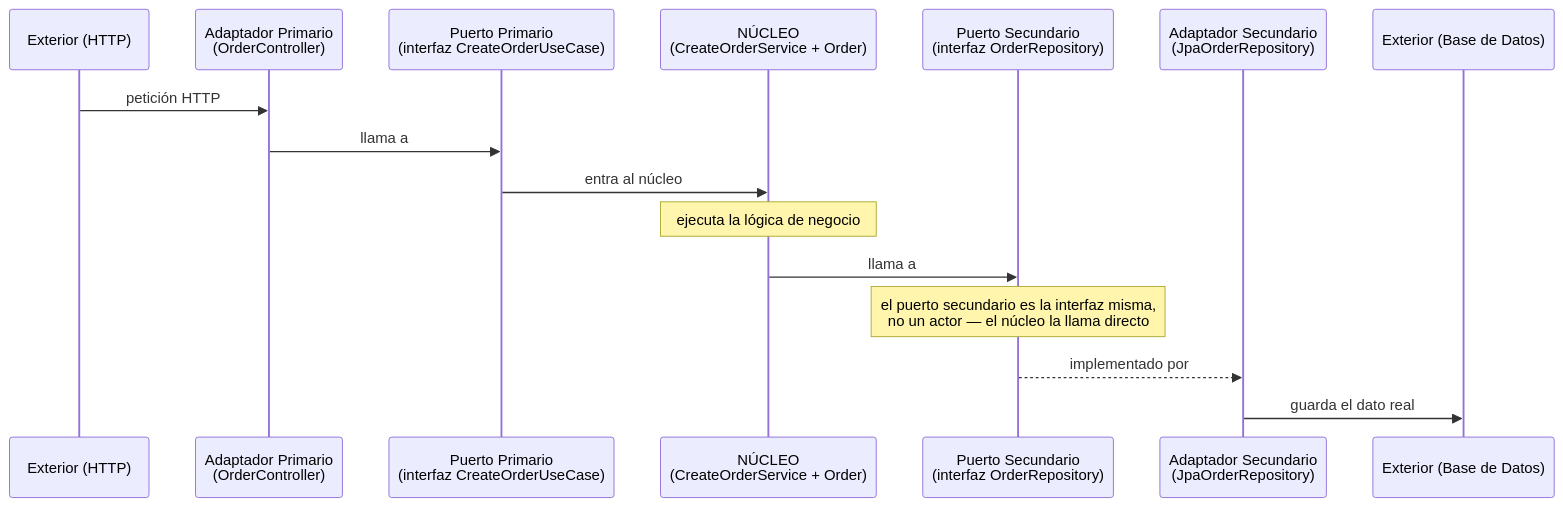
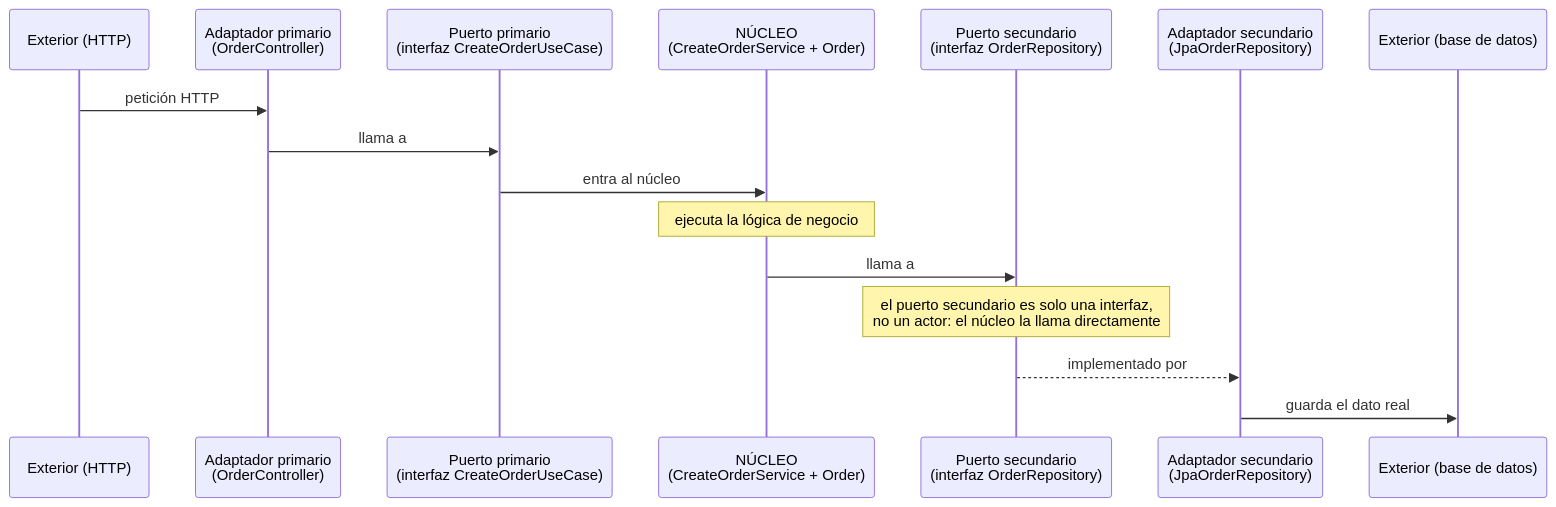
One commit to Carlou134/ssr-developer-roadmap changed the second of 2 diagrams in docs/02-calidad-de-codigo-y-arquitectura/11-arquitectura-hexagonal.md. Above: the diagram before and after it, drawn with Mermaid. The commit also changed other lines of this file and 13 other files, not shown here.

````diff
--- a/docs/02-calidad-de-codigo-y-arquitectura/11-arquitectura-hexagonal.md
+++ b/docs/02-calidad-de-codigo-y-arquitectura/11-arquitectura-hexagonal.md
@@ -49,19 +118,19 @@
 ```mermaid
 sequenceDiagram
     participant Ext1 as Exterior (HTTP)
-    participant AP as Adaptador Primario<br/>(OrderController)
-    participant PP as Puerto Primario<br/>(interfaz CreateOrderUseCase)
+    participant AP as Adaptador primario<br/>(OrderController)
+    participant PP as Puerto primario<br/>(interfaz CreateOrderUseCase)
     participant Nucleo as NÚCLEO<br/>(CreateOrderService + Order)
-    participant PS as Puerto Secundario<br/>(interfaz OrderRepository)
-    participant AS as Adaptador Secundario<br/>(JpaOrderRepository)
-    participant Ext2 as Exterior (Base de Datos)
+    participant PS as Puerto secundario<br/>(interfaz OrderRepository)
+    participant AS as Adaptador secundario<br/>(JpaOrderRepository)
+    participant Ext2 as Exterior (base de datos)
 
     Ext1->>AP: petición HTTP
     AP->>PP: llama a
     PP->>Nucleo: entra al núcleo
     Note over Nucleo: ejecuta la lógica de negocio
     Nucleo->>PS: llama a
-    Note over PS: el puerto secundario es la interfaz misma,<br/>no un actor — el núcleo la llama directo
+    Note over PS: el puerto secundario es solo una interfaz,<br/>no un actor: el núcleo la llama directamente
     PS-->>AS: implementado por
     AS->>Ext2: guarda el dato real
 ```
````
